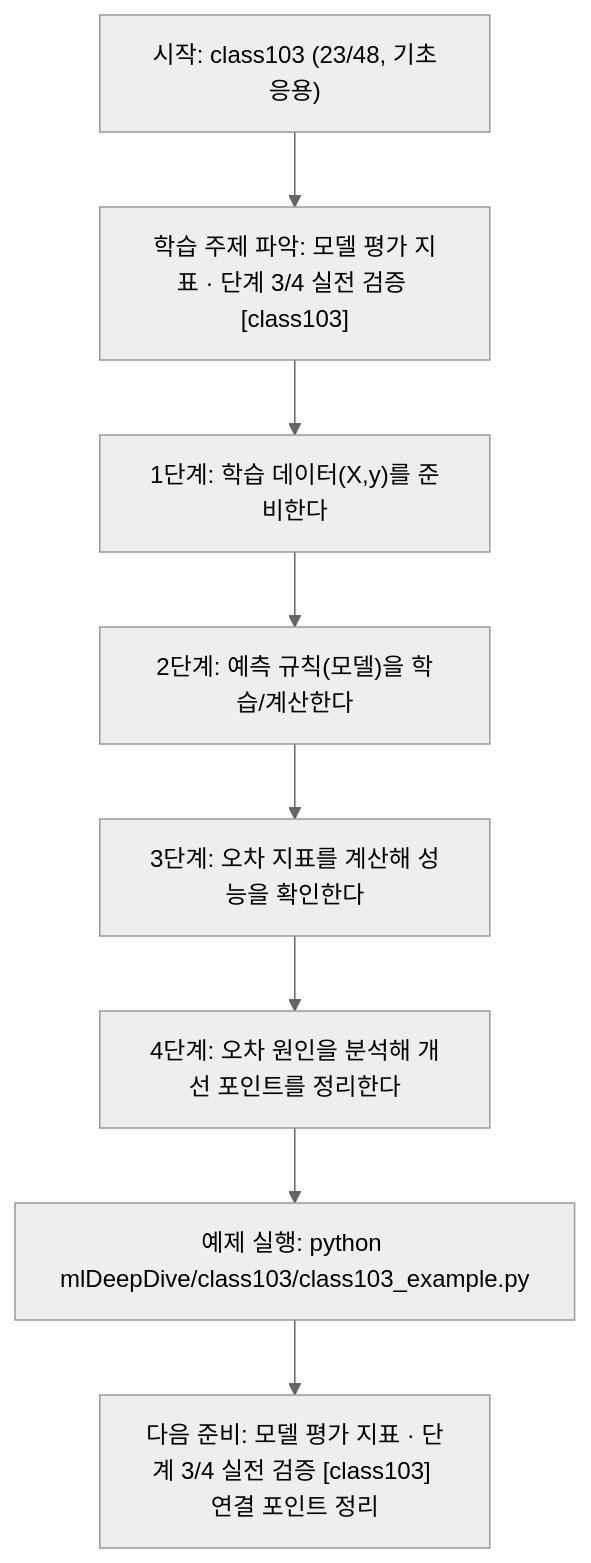
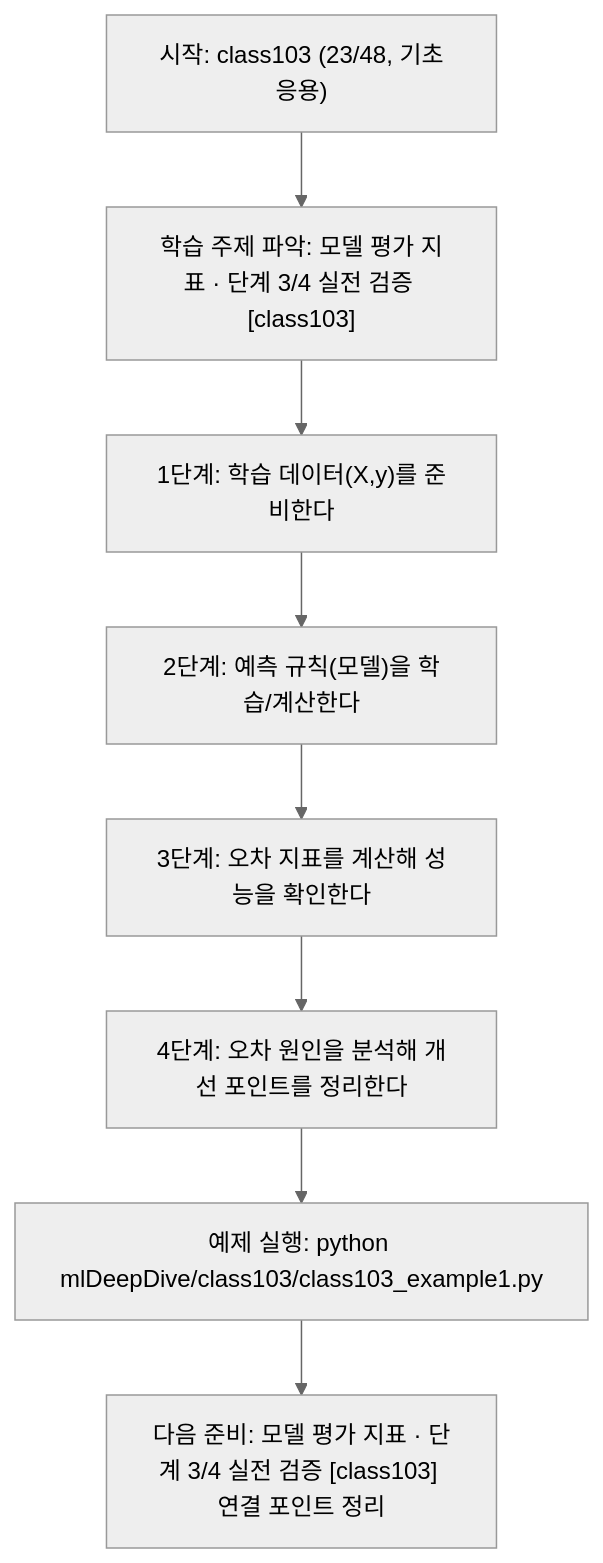
Before and after one commit to edumgt/Python-AI_Agent-Class: the diagram in mlDeepDive/class103/class103.md, drawn with Mermaid (neutral theme). The commit also changed other lines of this file and 2959 other files, not shown here.

````diff
--- a/mlDeepDive/class103/class103.md
+++ b/mlDeepDive/class103/class103.md
@@ -110,18 +110,18 @@
 ```mermaid
 flowchart TD
 N1["시작: class103 (23/48, 기초응용)"]
 N2["학습 주제 파악: 모델 평가 지표 · 단계 3/4 실전 검증 [class103]"]
 N3["1단계: 학습 데이터(X,y)를 준비한다"]
 N4["2단계: 예측 규칙(모델)을 학습/계산한다"]
 N5["3단계: 오차 지표를 계산해 성능을 확인한다"]
 N6["4단계: 오차 원인을 분석해 개선 포인트를 정리한다"]
-N7["예제 실행: python mlDeepDive/class103/class103_example.py"]
+N7["예제 실행: python mlDeepDive/class103/class103_example1.py"]
 N8["다음 준비: 모델 평가 지표 · 단계 3/4 실전 검증 [class103] 연결 포인트 정리"]
 N1 --> N2
 N2 --> N3
 N3 --> N4
 N4 --> N5
 N5 --> N6
 N6 --> N7
 N7 --> N8
 ```
````
